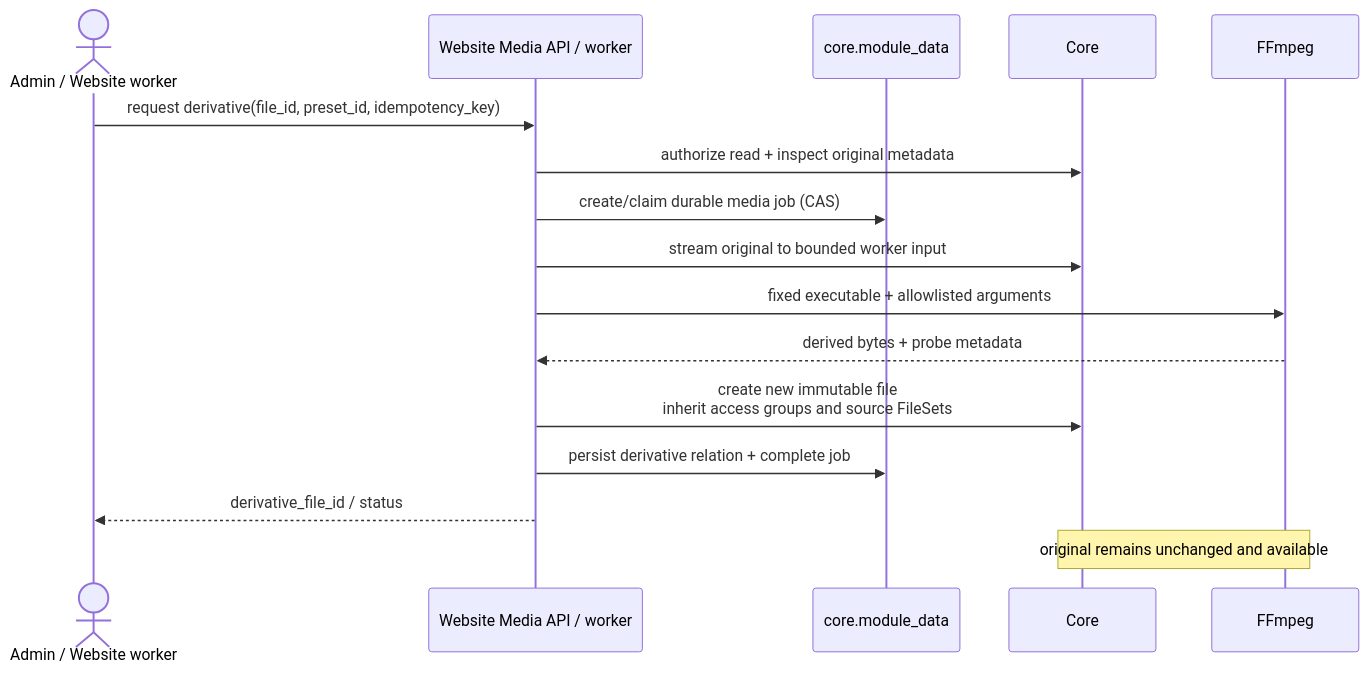
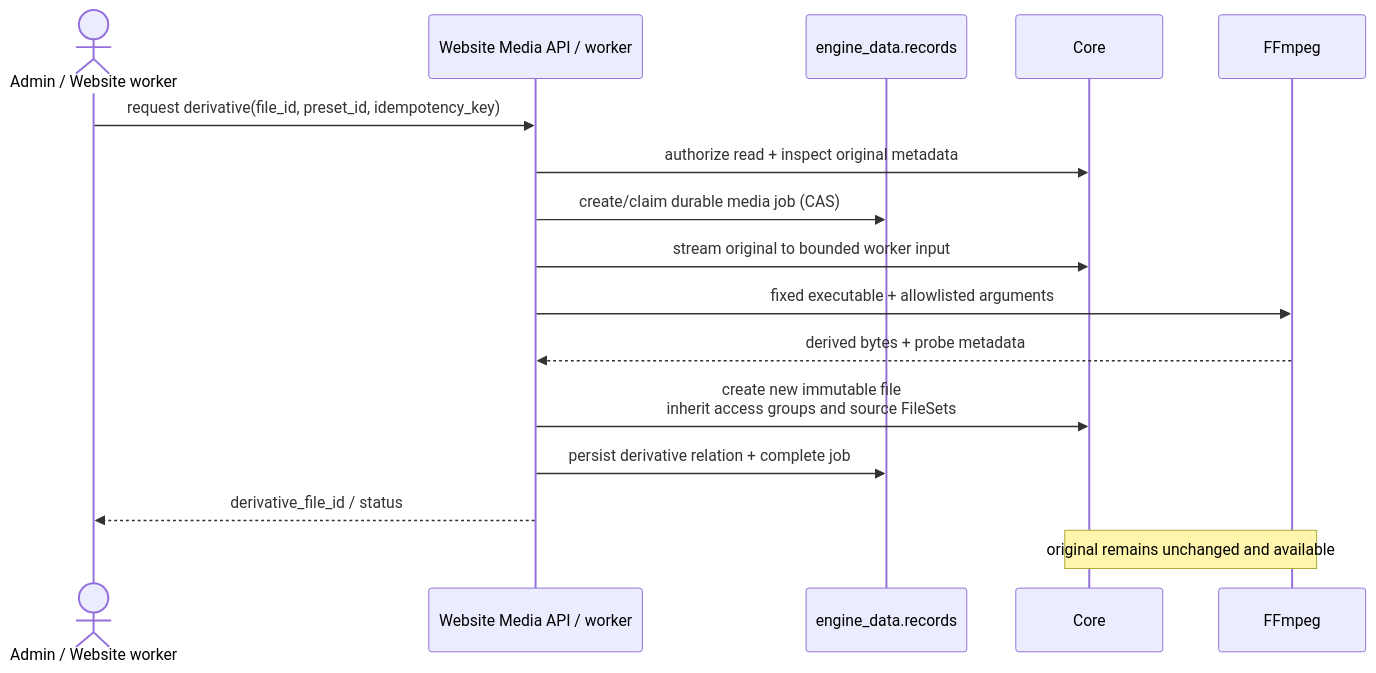
Before and after one commit to Zubrium/cdn: the third of 3 diagrams in spec/SPEC-website-engine.md, drawn with Mermaid. The commit also changed other lines of this file and 427 other files, not shown here.

First line of the commit message:
feat: migrate modular platform to target architecture

````diff
--- a/spec/SPEC-website-engine.md
+++ b/spec/SPEC-website-engine.md
@@ -241,19 +247,19 @@
 ```mermaid
 sequenceDiagram
     actor A as Admin / Website worker
     participant W as Website Media API / worker
-    participant D as core.module_data
+    participant D as engine_data.records
     participant C as Core
     participant F as FFmpeg
 
     A->>W: request derivative(file_id, preset_id, idempotency_key)
     W->>C: authorize read + inspect original metadata
     W->>D: create/claim durable media job (CAS)
     W->>C: stream original to bounded worker input
     W->>F: fixed executable + allowlisted arguments
     F-->>W: derived bytes + probe metadata
     W->>C: create new immutable file<br/>inherit access groups and source FileSets
     W->>D: persist derivative relation + complete job
     W-->>A: derivative_file_id / status
     Note over C,F: original remains unchanged and available
 ```
````
